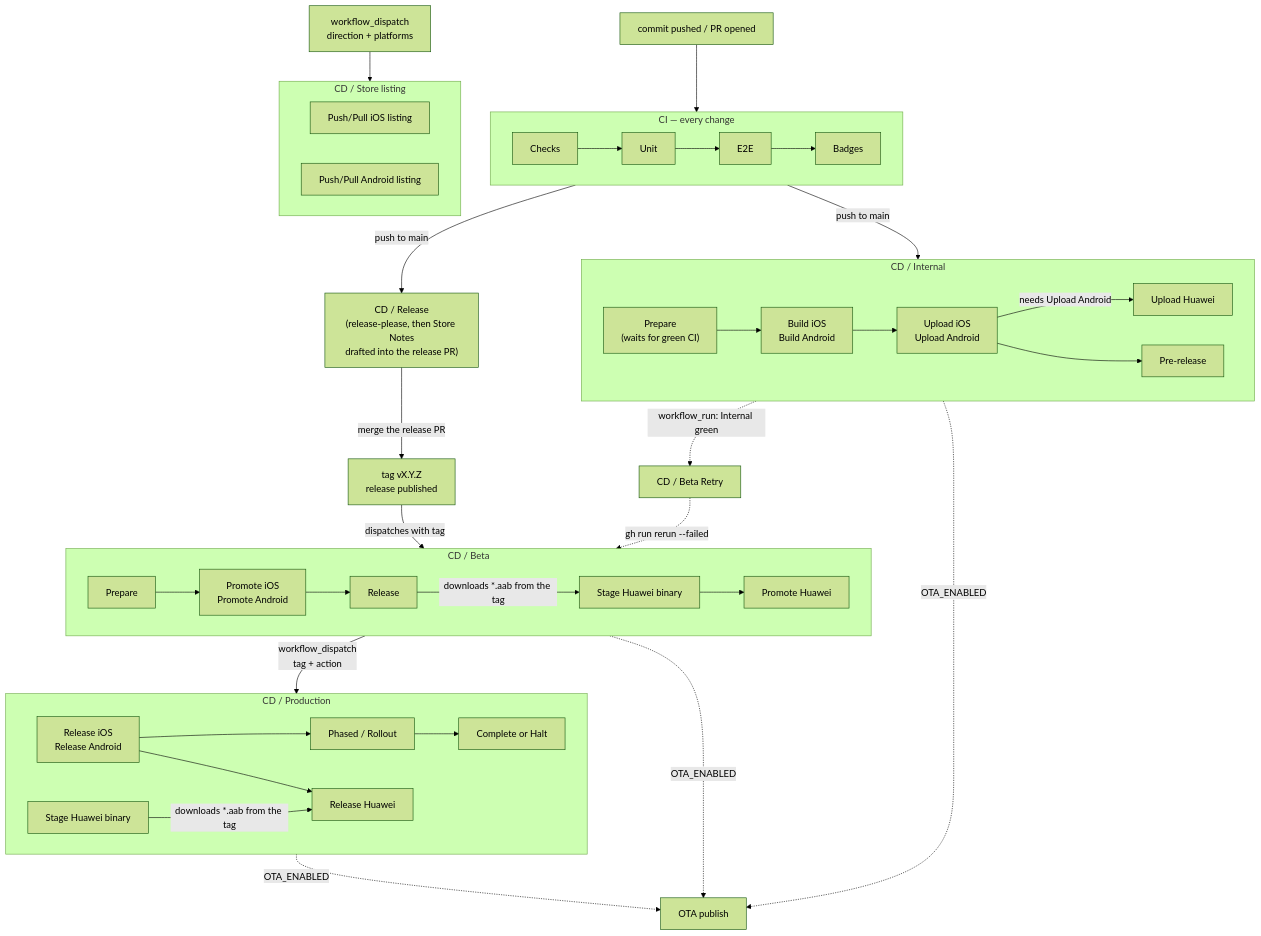
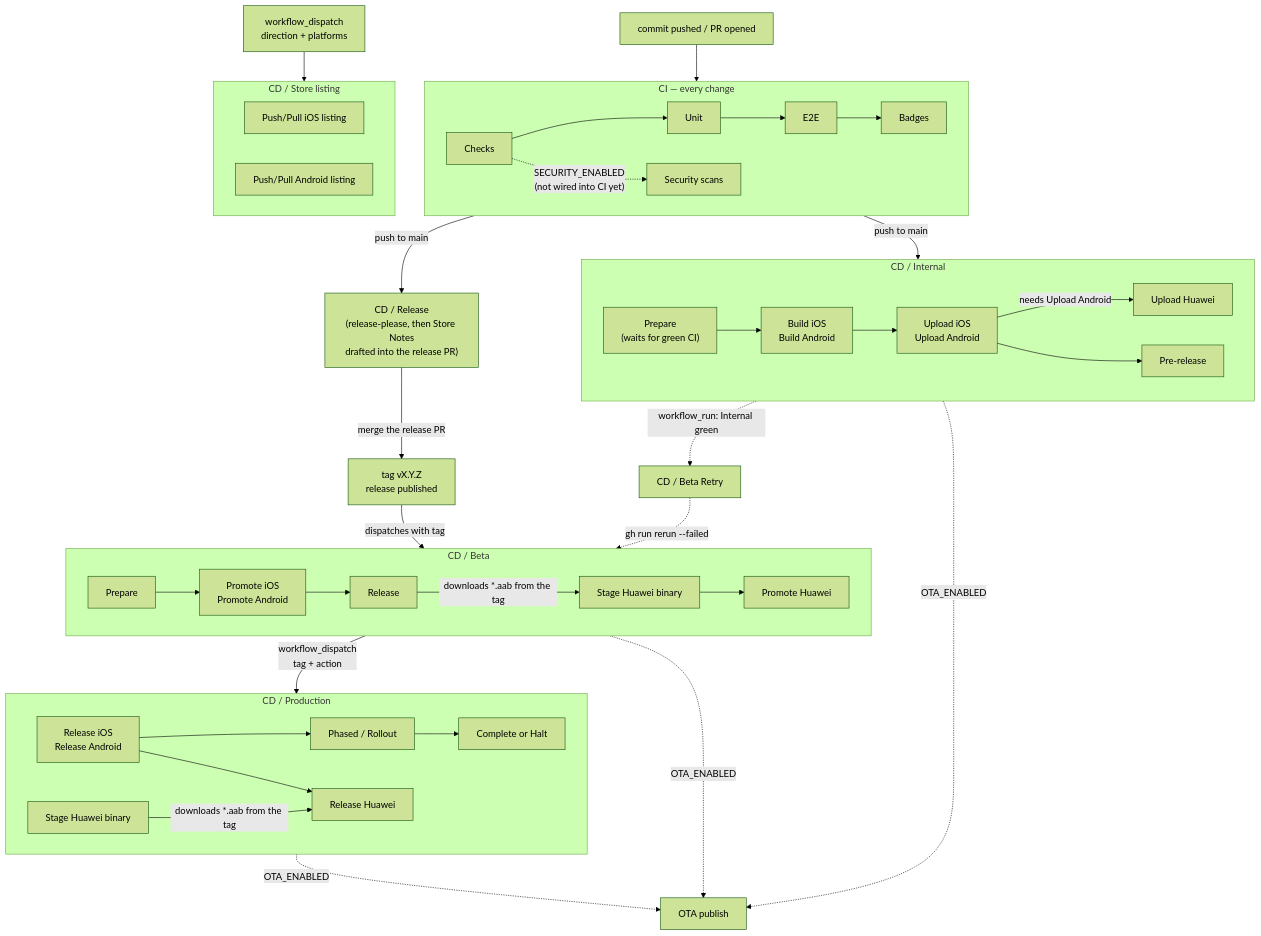
The diagram in docs/ci.md (blinkbitcoin/react-native-mobile-template), drawn with Mermaid (forest theme) before and after one commit. The commit also changed other lines of this file and 36 other files, not shown here.

````diff
--- a/docs/ci.md
+++ b/docs/ci.md
@@ -23,54 +23,55 @@
 ```mermaid
 flowchart TD
   commit["commit pushed / PR opened"] --> CI
 
   subgraph CI["CI — every change"]
     direction LR
     checks["Checks"] --> unit["Unit"] --> e2e["E2E"] --> badges["Badges"]
+    checks -.->|"SECURITY_ENABLED<br/>(not wired into CI yet)"| sec["Security scans"]
   end
 
   CI -->|"push to main"| rp["CD / Release<br/>(release-please, then Store Notes<br/>drafted into the release PR)"]
   CI -->|"push to main"| internal
 
   subgraph internal["CD / Internal"]
     direction LR
     prep["Prepare<br/>(waits for green CI)"] --> builds["Build iOS<br/>Build Android"]
     builds --> up["Upload iOS<br/>Upload Android"]
     up -->|"needs Upload Android"| uphuawei["Upload Huawei"]
     up --> pre["Pre-release"]
   end
 
   rp -->|"merge the release PR"| tag["tag vX.Y.Z<br/>release published"]
   tag -->|"dispatches with tag"| beta
 
   subgraph beta["CD / Beta"]
     direction LR
     bprep["Prepare"] --> promote["Promote iOS<br/>Promote Android"] --> brel["Release"]
     brel -->|"downloads *.aab from the tag"| bbin["Stage Huawei binary"]
     bbin --> bhuawei["Promote Huawei"]
   end
 
   internal -.->|"workflow_run: Internal green"| retry["CD / Beta Retry"]
   retry -.->|"gh run rerun --failed"| beta
 
   beta -->|"workflow_dispatch<br/>tag + action"| prod
 
   subgraph prod["CD / Production"]
     direction LR
     rel["Release iOS<br/>Release Android"] --> roll["Phased / Rollout"] --> done["Complete or Halt"]
     pbin["Stage Huawei binary"] -->|"downloads *.aab from the tag"| phuawei["Release Huawei"]
     rel --> phuawei
   end
 
   listing["workflow_dispatch<br/>direction + platforms"] --> sm
 
   subgraph sm["CD / Store listing"]
     direction LR
     smios["Push/Pull iOS listing"]
     smandroid["Push/Pull Android listing"]
   end
 
   pre -.->|"OTA_ENABLED"| ota["OTA publish"]
   brel -.->|"OTA_ENABLED"| ota
   prod -.->|"OTA_ENABLED"| ota
 ```
````
